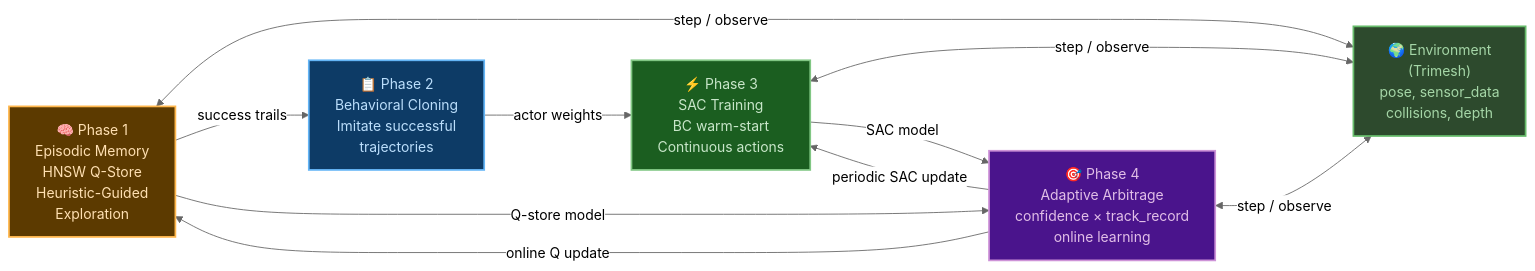
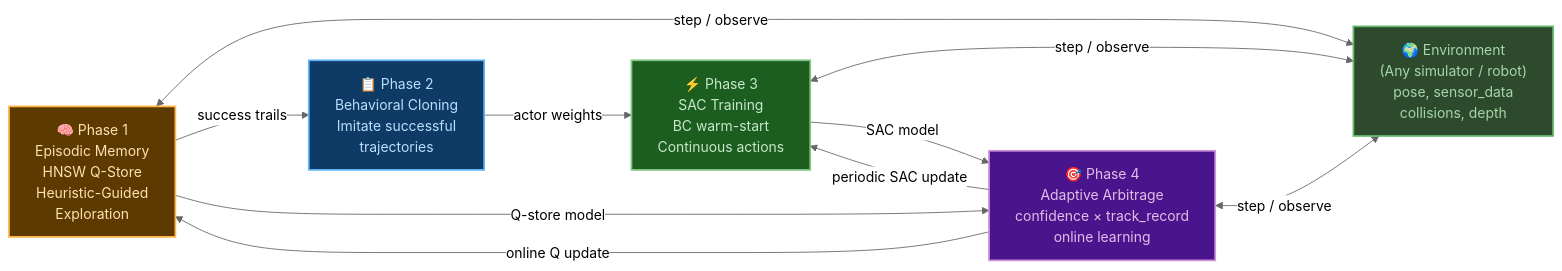
The diagram in README.md (h555yand/hybrid_RL_prototype), drawn with Mermaid (neutral theme) before and after one commit. The commit also changed other lines of this file and 31 other files, not shown here.

````diff
--- a/README.md
+++ b/README.md
@@ -520,27 +111,27 @@
 ```mermaid
 flowchart LR
-    ENV["🌍 Environment\n(Trimesh)\npose, sensor_data\ncollisions, depth"]
+    ENV["🌍 Environment\n(Any simulator / robot)\npose, sensor_data\ncollisions, depth"]
 
     A["🧠 Phase 1\nEpisodic Memory\nHNSW Q-Store\nHeuristic-Guided\nExploration"]
     B["📋 Phase 2\nBehavioral Cloning\nImitate successful\ntrajectories"]
     C["⚡ Phase 3\nSAC Training\nBC warm-start\nContinuous actions"]
     D["🎯 Phase 4\nAdaptive Arbitrage\nconfidence × track_record\nonline learning"]
 
     A <-->|"step / observe"| ENV
     C <-->|"step / observe"| ENV
     D <-->|"step / observe"| ENV
 
     A -->|"success trails"| B
     B -->|"actor weights"| C
     A -->|"Q-store model"| D
     C -->|"SAC model"| D
 
     D -->|"online Q update"| A
     D -->|"periodic SAC update"| C
 
     style ENV fill:#2d4a2d,stroke:#66bb6a,stroke-width:2px,color:#a5d6a7
     style A fill:#5c3a00,stroke:#ffb74d,stroke-width:2px,color:#ffe0b2
     style B fill:#0d3b66,stroke:#64b5f6,stroke-width:2px,color:#bbdefb
     style C fill:#1b5e20,stroke:#81c784,stroke-width:2px,color:#c8e6c9
     style D fill:#4a148c,stroke:#ce93d8,stroke-width:2px,color:#e1bee7
 ```
````
